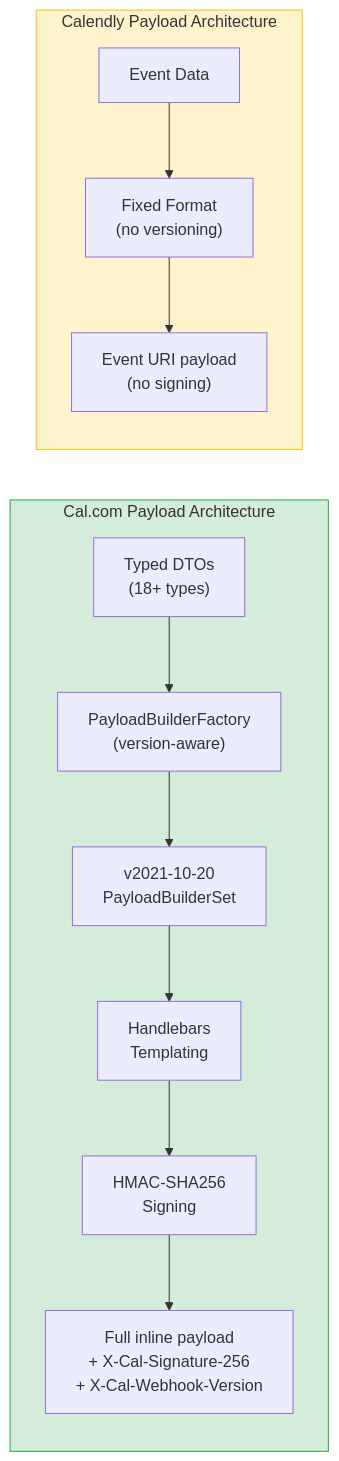
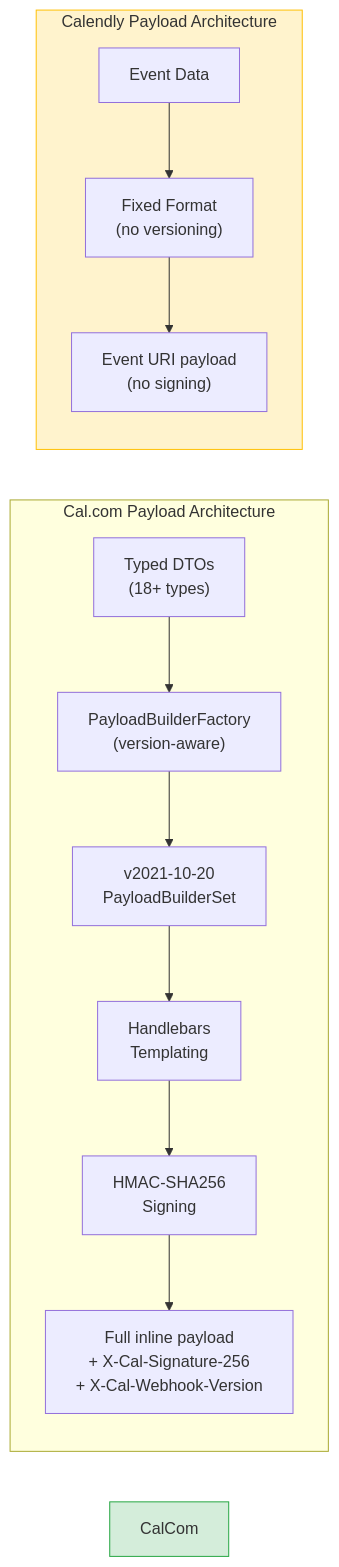
The second of 2 diagrams in docs/gap-report/webhooks-events.mdx (Blitzy-Sandbox/blitzy-cal), drawn with Mermaid before and after one commit. The commit also changed other lines of this file and 22 other files, not shown here.

First line of the commit message:
fix(docs): resolve 22 QA documentation findings across specs, gap reports, and roadmap

````diff
--- a/docs/gap-report/webhooks-events.mdx
+++ b/docs/gap-report/webhooks-events.mdx
@@ -403,31 +405,31 @@
 ```mermaid
 flowchart LR
-    subgraph CalCom["Cal.com Payload Architecture"]
+    subgraph CalDotCom["Cal.com Payload Architecture"]
         direction TB
         DTO["Typed DTOs\n(18+ types)"]
         PBF2["PayloadBuilderFactory\n(version-aware)"]
         VER["v2021-10-20\nPayloadBuilderSet"]
         HBS["Handlebars\nTemplating"]
         SIG["HMAC-SHA256\nSigning"]
         OUT1["Full inline payload\n+ X-Cal-Signature-256\n+ X-Cal-Webhook-Version"]
 
         DTO --> PBF2
         PBF2 --> VER
         VER --> HBS
         HBS --> SIG
         SIG --> OUT1
     end
 
     subgraph Calendly["Calendly Payload Architecture"]
         direction TB
         EVT["Event Data"]
         FMT["Fixed Format\n(no versioning)"]
         OUT2["Event URI payload\n(no signing)"]
 
         EVT --> FMT
         FMT --> OUT2
     end
 
     style CalCom fill:#d4edda,stroke:#28a745
     style Calendly fill:#fff3cd,stroke:#ffc107
 ```
````
